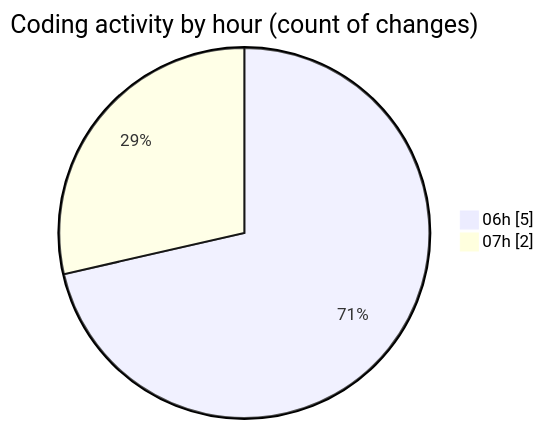
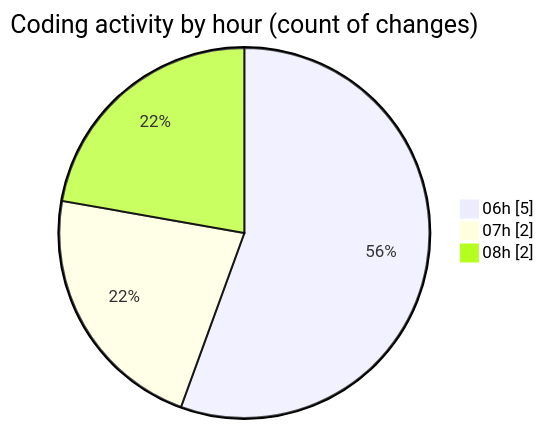
Before and after one commit to vahidmafi/code-tracking: the second of 2 diagrams in 2025-04-17/zeytoon/README.md, drawn with Mermaid. The commit also changed other lines of this file and 1 other file, not shown here.

````diff
--- a/2025-04-17/zeytoon/README.md
+++ b/2025-04-17/zeytoon/README.md
@@ -30,6 +31,7 @@
 ```mermaid
 pie showData
 title Coding activity by hour (count of changes)
 "06h" : 5
 "07h" : 2
+"08h" : 2
 ```
````
